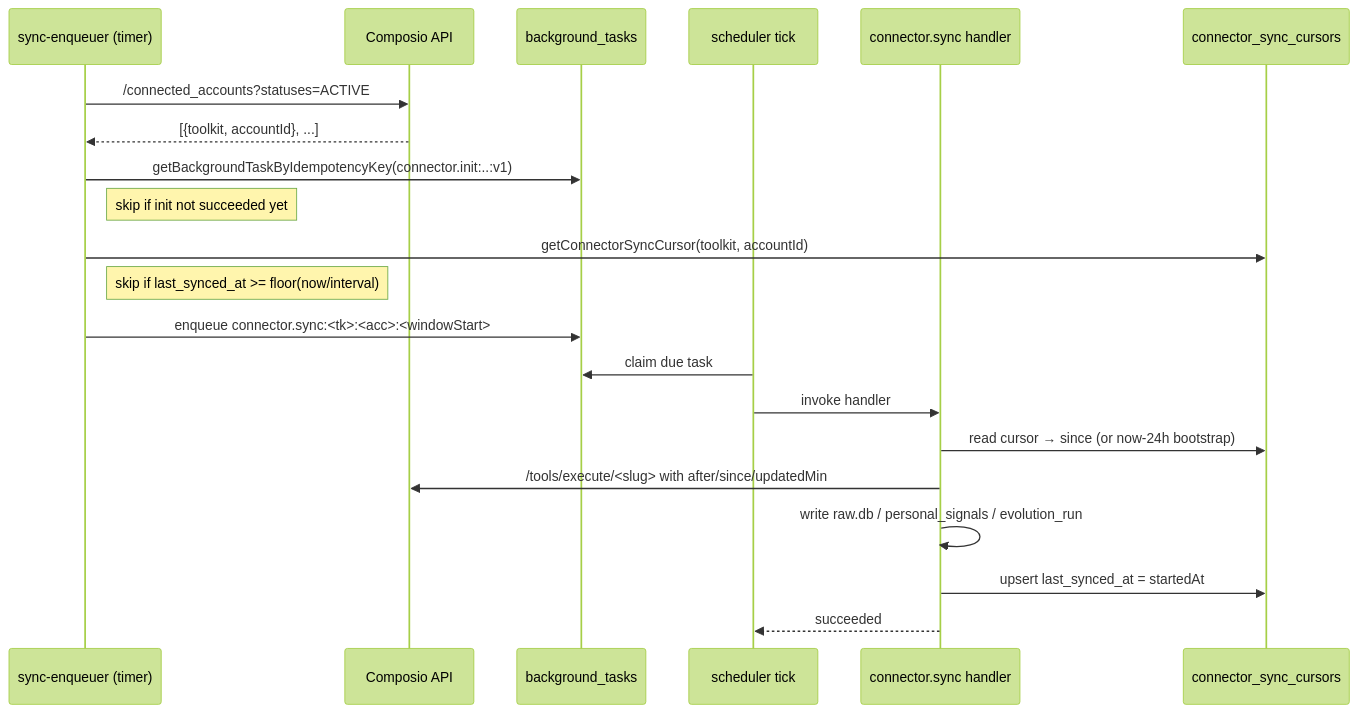
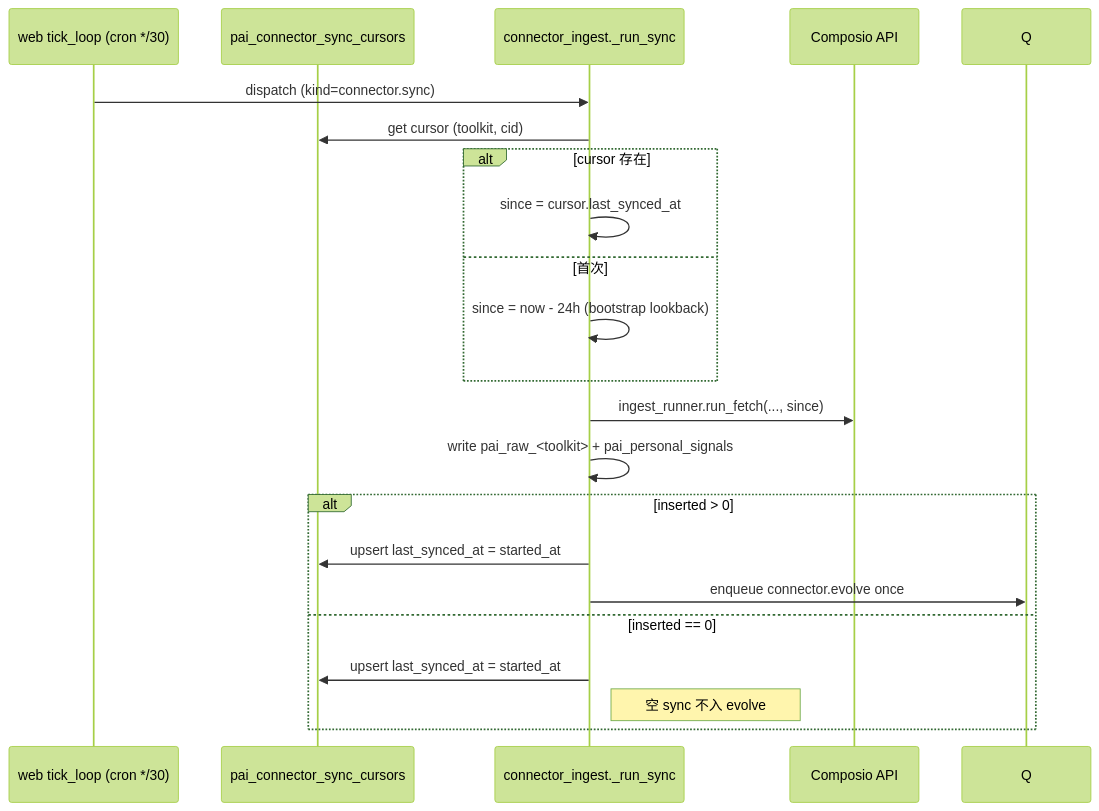
Before and after one commit to Edge-AI-HQ/proactive-assistant: the third of 4 diagrams in docs/modules/data-connectors.mdx, drawn with Mermaid (forest theme). The commit also changed other lines of this file and 372 other files, not shown here.

````diff
--- a/docs/modules/data-connectors.mdx
+++ b/docs/modules/data-connectors.mdx
@@ -150,24 +124,24 @@
 ```mermaid
 sequenceDiagram
-  participant Enq as sync-enqueuer (timer)
-  participant C as Composio API
-  participant Q as background_tasks
-  participant Sched as scheduler tick
-  participant H as connector.sync handler
-  participant Cur as connector_sync_cursors
+  participant Sched as web tick_loop (cron */30)
+  participant Cur as pai_connector_sync_cursors
+  participant H as connector_ingest._run_sync
+  participant Composio as Composio API
 
-  Enq->>C: /connected_accounts?statuses=ACTIVE
-  C-->>Enq: [{toolkit, accountId}, ...]
-  Enq->>Q: getBackgroundTaskByIdempotencyKey(connector.init:..:v1)
-  Note right of Enq: skip if init not succeeded yet
-  Enq->>Cur: getConnectorSyncCursor(toolkit, accountId)
-  Note right of Enq: skip if last_synced_at >= floor(now/interval)
-  Enq->>Q: enqueue connector.sync:<tk>:<acc>:<windowStart>
-  Sched->>Q: claim due task
-  Sched->>H: invoke handler
-  H->>Cur: read cursor → since (or now-24h bootstrap)
-  H->>C: /tools/execute/<slug> with after/since/updatedMin
-  H->>H: write raw.db / personal_signals / evolution_run
-  H->>Cur: upsert last_synced_at = startedAt
-  H-->>Sched: succeeded
+  Sched->>H: dispatch (kind=connector.sync)
+  H->>Cur: get cursor (toolkit, cid)
+  alt cursor 存在
+    H->>H: since = cursor.last_synced_at
+  else 首次
+    H->>H: since = now - 24h (bootstrap lookback)
+  end
+  H->>Composio: ingest_runner.run_fetch(..., since)
+  H->>H: write pai_raw_<toolkit> + pai_personal_signals
+  alt inserted > 0
+    H->>Cur: upsert last_synced_at = started_at
+    H->>Q: enqueue connector.evolve once
+  else inserted == 0
+    H->>Cur: upsert last_synced_at = started_at
+    Note right of H: 空 sync 不入 evolve
+  end
 ```
````
